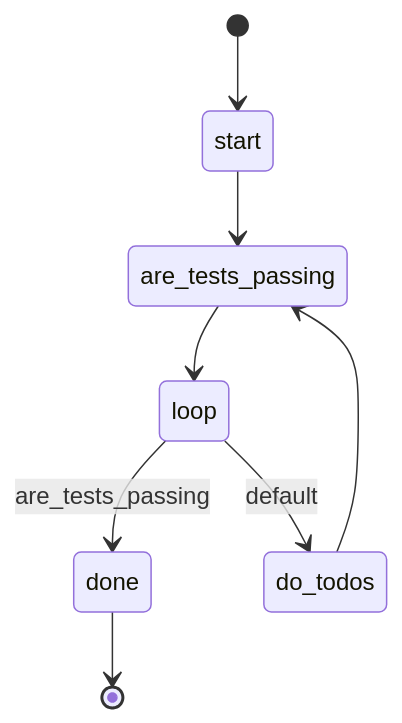
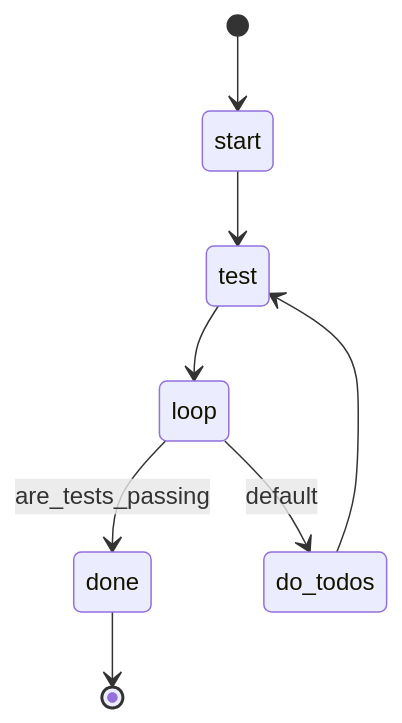
One commit to swissarmyhammer/swissarmyhammer changed the diagram in builtin/workflows/test.md. Above: the diagram before and after it, drawn with Mermaid. The commit also changed other lines of this file and 9 other files, not shown here.

````diff
--- a/builtin/workflows/test.md
+++ b/builtin/workflows/test.md
@@ -11,10 +11,10 @@
 ```mermaid
 stateDiagram-v2
     [*] --> start
-    start --> are_tests_passing
-    are_tests_passing --> loop
+    start --> test
+    test --> loop
     loop --> done: are_tests_passing
     loop --> do_todos: default
-    do_todos --> are_tests_passing
+    do_todos --> test
     done --> [*]
 ```
````
